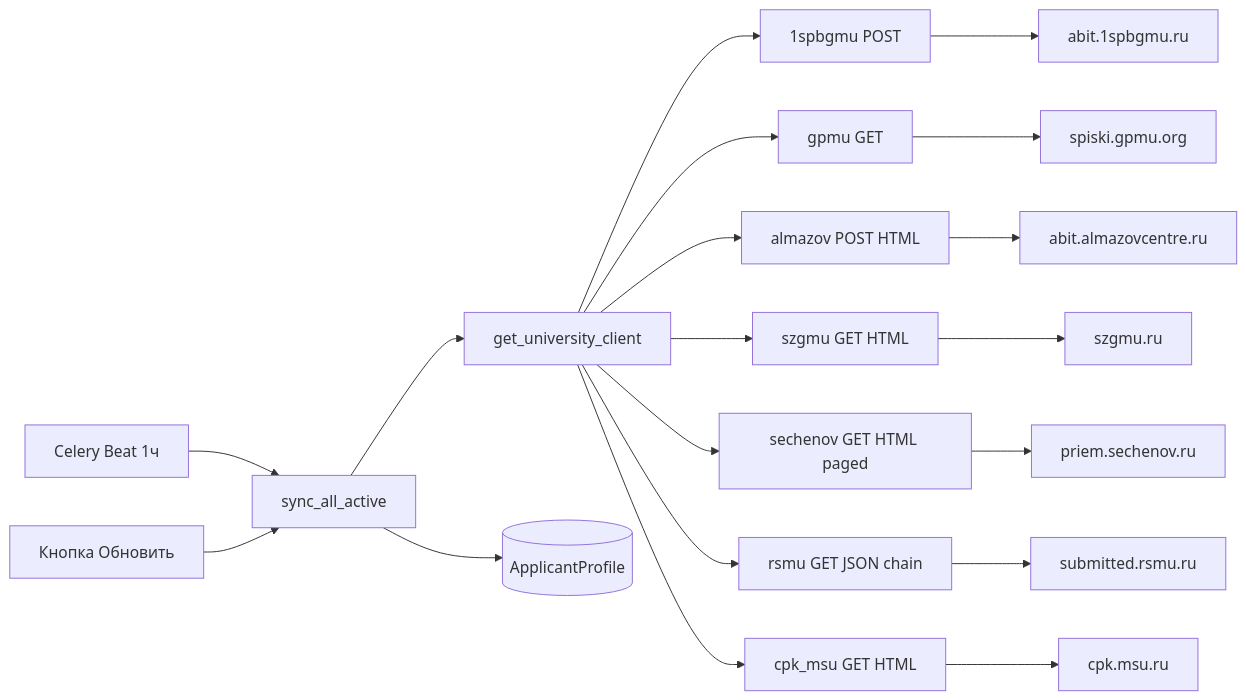
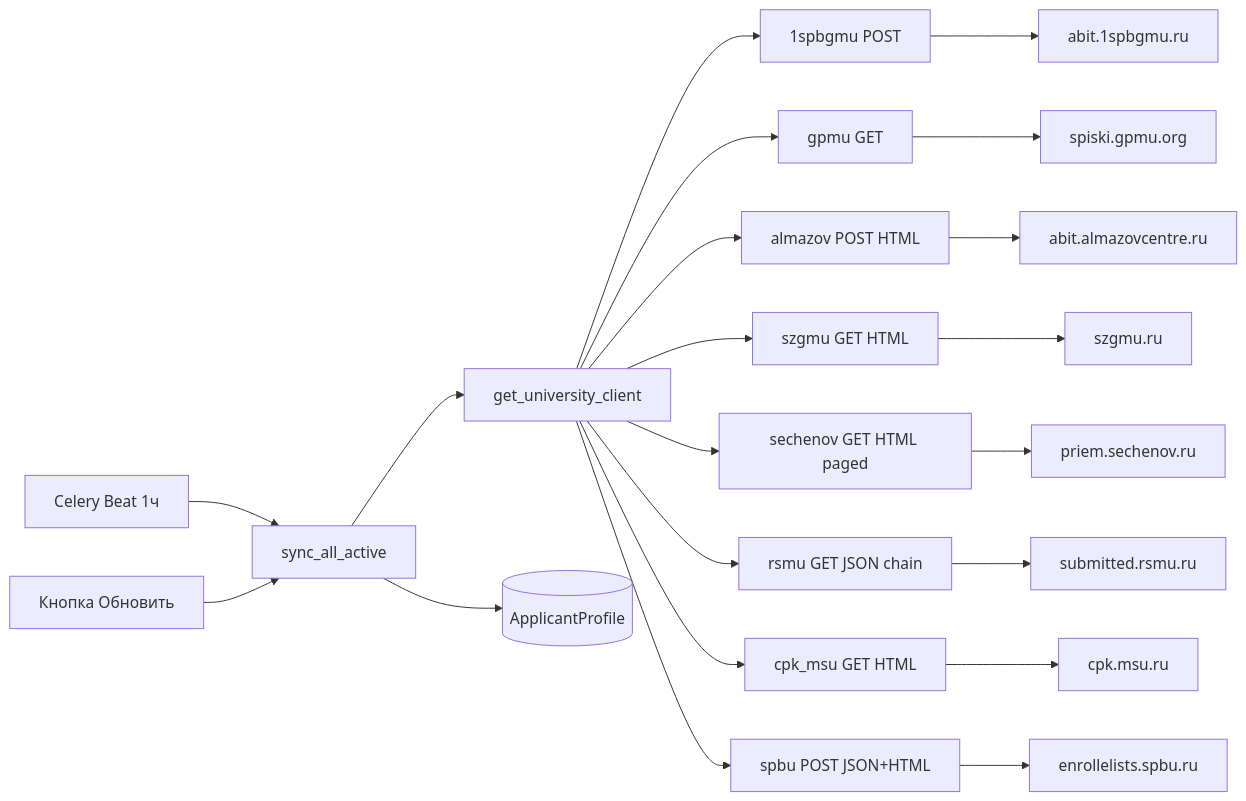
The diagram in docs/data-sources.md (breduin/abitur), drawn with Mermaid before and after one commit. The commit also changed other lines of this file and 9 other files, not shown here.

````diff
--- a/docs/data-sources.md
+++ b/docs/data-sources.md
@@ -7,21 +7,23 @@
 ```mermaid
 flowchart LR
     Beat[Celery Beat 1ч] --> Sync[sync_all_active]
     Manual[Кнопка Обновить] --> Sync
     Sync --> Factory[get_university_client]
     Factory --> Client1[1spbgmu POST]
     Factory --> Client2[gpmu GET]
     Factory --> Client3[almazov POST HTML]
     Factory --> Client4[szgmu GET HTML]
     Factory --> Client5[sechenov GET HTML paged]
     Factory --> Client6[rsmu GET JSON chain]
     Factory --> Client7[cpk_msu GET HTML]
+    Factory --> Client8[spbu POST JSON+HTML]
     Client1 --> API1[abit.1spbgmu.ru]
     Client2 --> API2[spiski.gpmu.org]
     Client3 --> API3[abit.almazovcentre.ru]
     Client4 --> API4[szgmu.ru]
     Client5 --> API5[priem.sechenov.ru]
     Client6 --> API6[submitted.rsmu.ru]
     Client7 --> API7[cpk.msu.ru]
+    Client8 --> API8[enrollelists.spbu.ru]
     Sync --> DB[(ApplicantProfile)]
 ```
````
